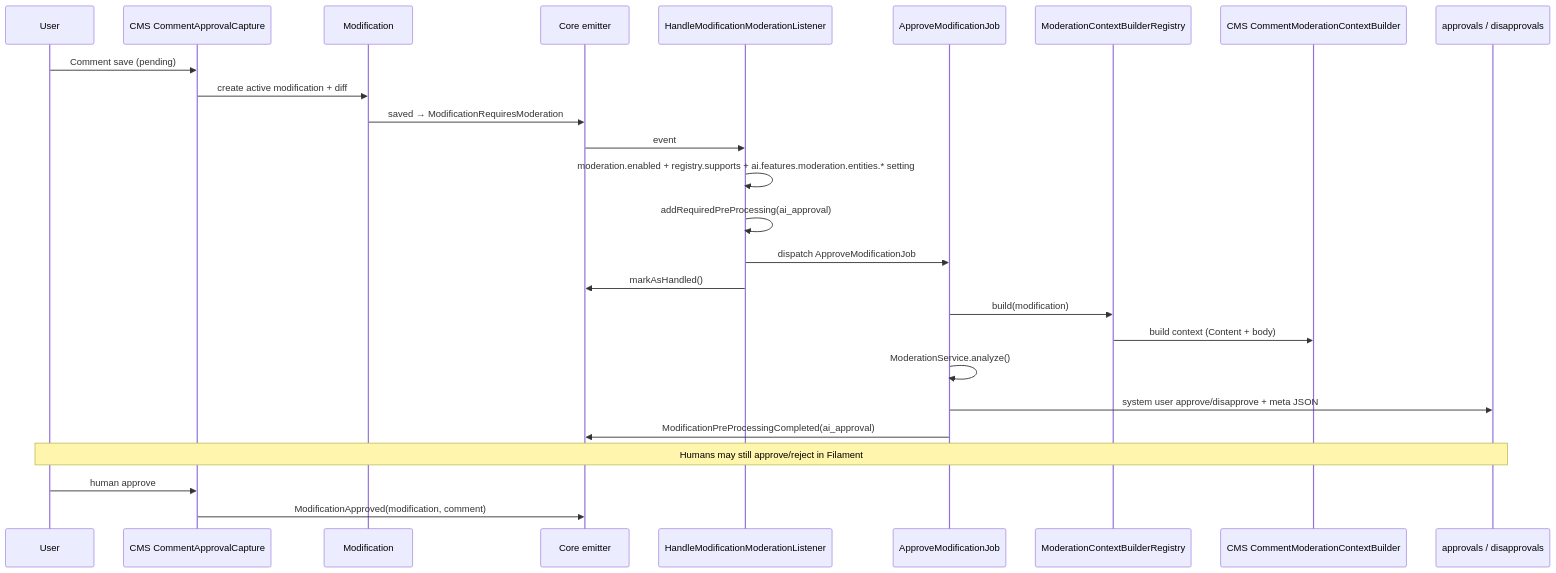
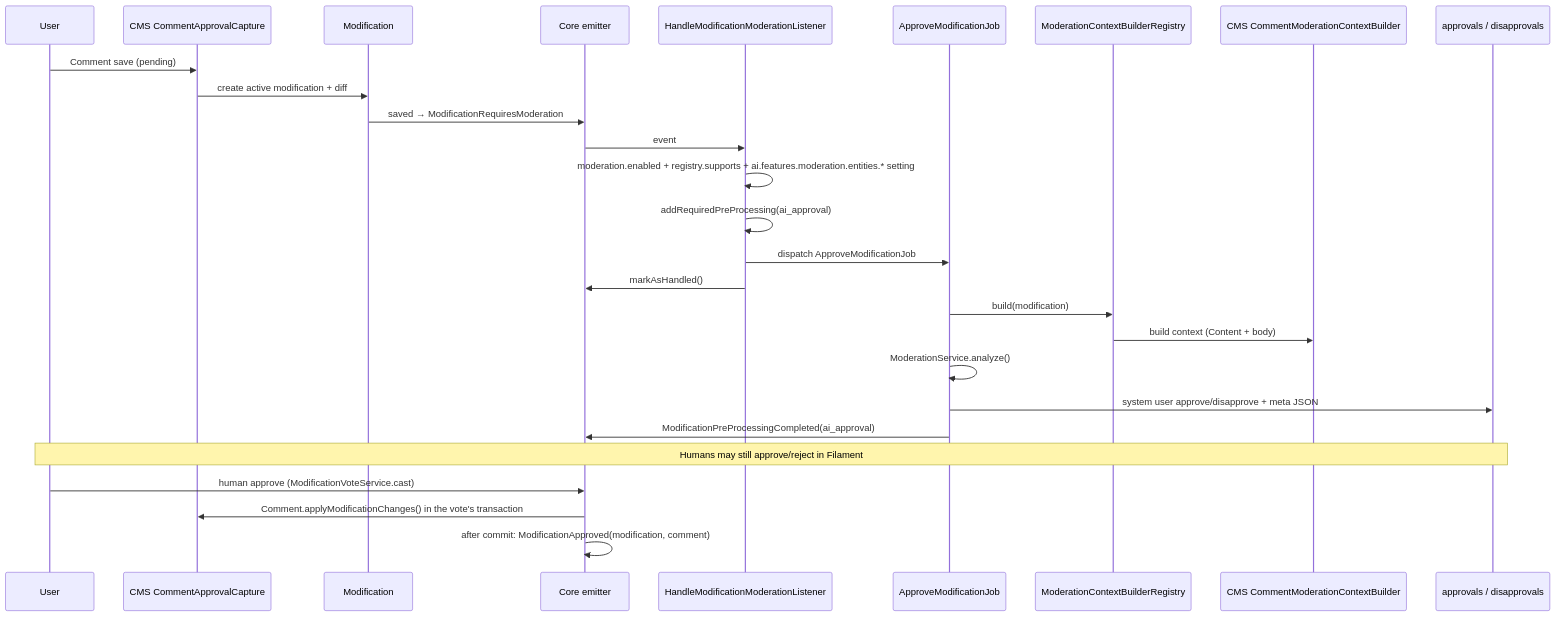
One commit to swolley/laraplate-core changed the sixth of 8 diagrams in docs/EVENT_ORCHESTRATION.md. Above: the diagram before and after it, drawn with Mermaid. The commit also changed other lines of this file and 5 other files, not shown here.

````diff
--- a/docs/EVENT_ORCHESTRATION.md
+++ b/docs/EVENT_ORCHESTRATION.md
@@ -220,29 +222,30 @@
 ```mermaid
 sequenceDiagram
     participant User
     participant CMS as CMS CommentApprovalCapture
     participant Mod as Modification
     participant Core as Core emitter
     participant AI as HandleModificationModerationListener
     participant Job as ApproveModificationJob
     participant Reg as ModerationContextBuilderRegistry
     participant CMSB as CMS CommentModerationContextBuilder
     participant Vote as approvals / disapprovals
 
     User->>CMS: Comment save (pending)
     CMS->>Mod: create active modification + diff
     Mod->>Core: saved → ModificationRequiresModeration
     Core->>AI: event
     AI->>AI: moderation.enabled + registry.supports + ai.features.moderation.entities.* setting
     AI->>AI: addRequiredPreProcessing(ai_approval)
     AI->>Job: dispatch ApproveModificationJob
     AI->>Core: markAsHandled()
     Job->>Reg: build(modification)
     Reg->>CMSB: build context (Content + body)
     Job->>Job: ModerationService.analyze()
     Job->>Vote: system user approve/disapprove + meta JSON
     Job->>Core: ModificationPreProcessingCompleted(ai_approval)
     Note over User,Vote: Humans may still approve/reject in Filament
-    User->>CMS: human approve
-    CMS->>Core: ModificationApproved(modification, comment)
+    User->>Core: human approve (ModificationVoteService.cast)
+    Core->>CMS: Comment.applyModificationChanges() in the vote's transaction
+    Core->>Core: after commit: ModificationApproved(modification, comment)
 ```
````
